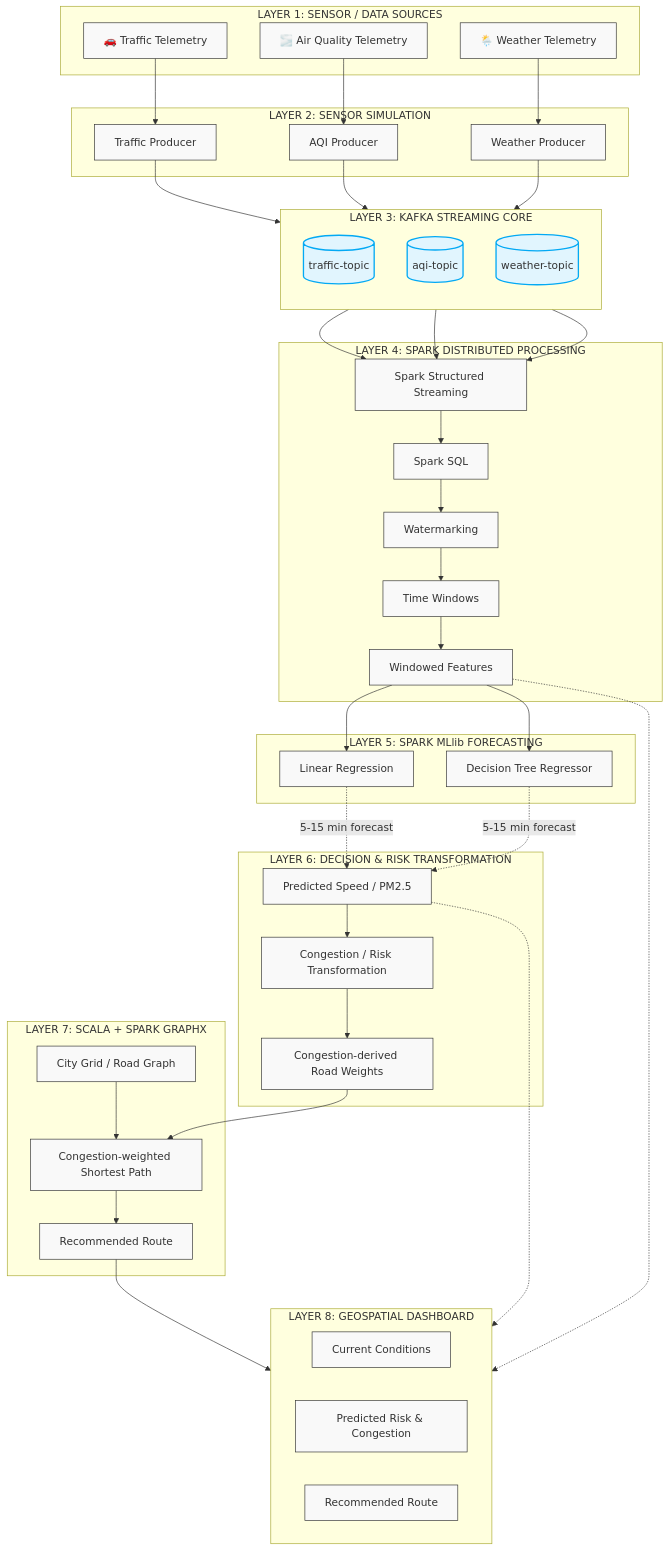
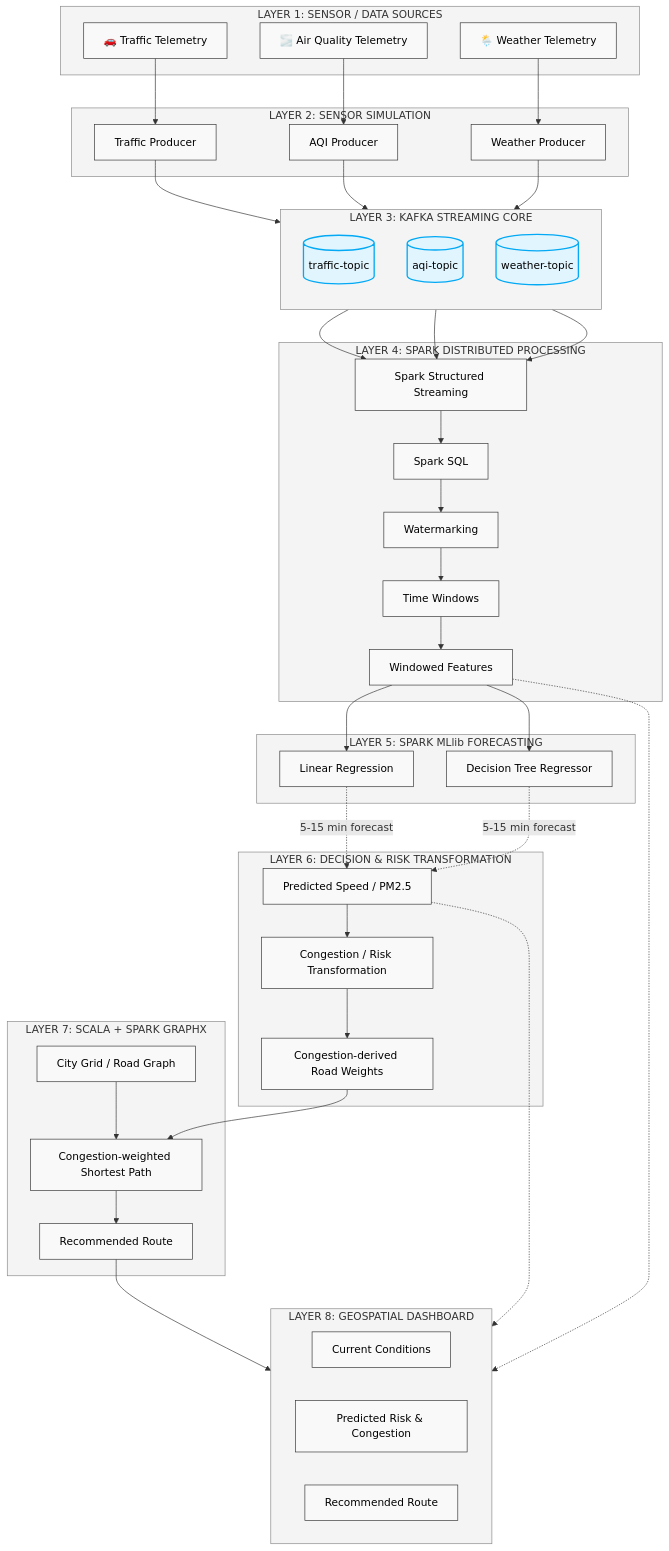
The diagram in README.md (charan21042005/urbanix), drawn with Mermaid before and after one commit.

Commit message:
docs: improve architecture diagram readability

````diff
--- a/README.md
+++ b/README.md
@@ -36,4 +36,5 @@
 ```mermaid
+%%{init: {'theme': 'default', 'themeVariables': { 'primaryTextColor': '#000000', 'clusterTextColor': '#000000', 'clusterBkg': '#f4f4f4', 'clusterBorder': '#888888'}}}%%
 flowchart TD
     %% 1. DATA SOURCES
     subgraph Sources [LAYER 1: SENSOR / DATA SOURCES]
@@ -125,7 +126,7 @@
     Reroute --> UI_Route
 
     %% Styling
-    classDef default fill:#f9f9f9,stroke:#333,stroke-width:1px;
-    classDef topic fill:#e1f5fe,stroke:#03a9f4,stroke-width:2px;
+    classDef default fill:#f9f9f9,color:#000000,stroke:#333333,stroke-width:1px;
+    classDef topic fill:#e1f5fe,color:#000000,stroke:#03a9f4,stroke-width:2px;
     class T_Topic,A_Topic,W_Topic topic;
 ```
````
